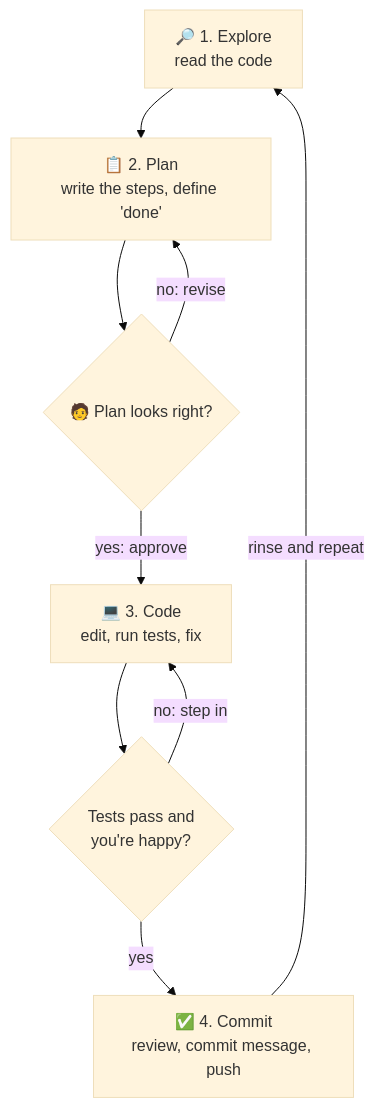
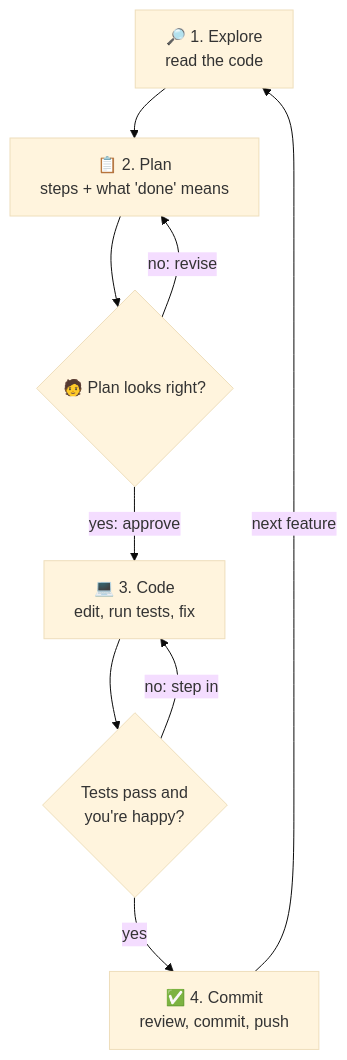
The diagram in 01_ClaudeCode101/05-explore-plan-code-commit.md (nirajp82/ClaudeArchitectProfessionalStudyGuide), drawn with Mermaid (base theme) before and after one commit. The commit also changed other lines of this file and 6 other files, not shown here.

````diff
--- a/01_ClaudeCode101/05-explore-plan-code-commit.md
+++ b/01_ClaudeCode101/05-explore-plan-code-commit.md
@@ -81,11 +45,11 @@
 ```mermaid
 flowchart TD
-    E["🔎 1. Explore<br/>read the code"] --> P["📋 2. Plan<br/>write the steps, define 'done'"]
+    E["🔎 1. Explore<br/>read the code"] --> P["📋 2. Plan<br/>steps + what 'done' means"]
     P --> R{"🧑 Plan looks right?"}
     R -- "no: revise" --> P
     R -- "yes: approve" --> C["💻 3. Code<br/>edit, run tests, fix"]
     C --> T{"Tests pass and<br/>you're happy?"}
     T -- "no: step in" --> C
-    T -- "yes" --> CM["✅ 4. Commit<br/>review, commit message, push"]
-    CM -- "rinse and repeat" --> E
+    T -- "yes" --> CM["✅ 4. Commit<br/>review, commit, push"]
+    CM -- "next feature" --> E
 ```
````
